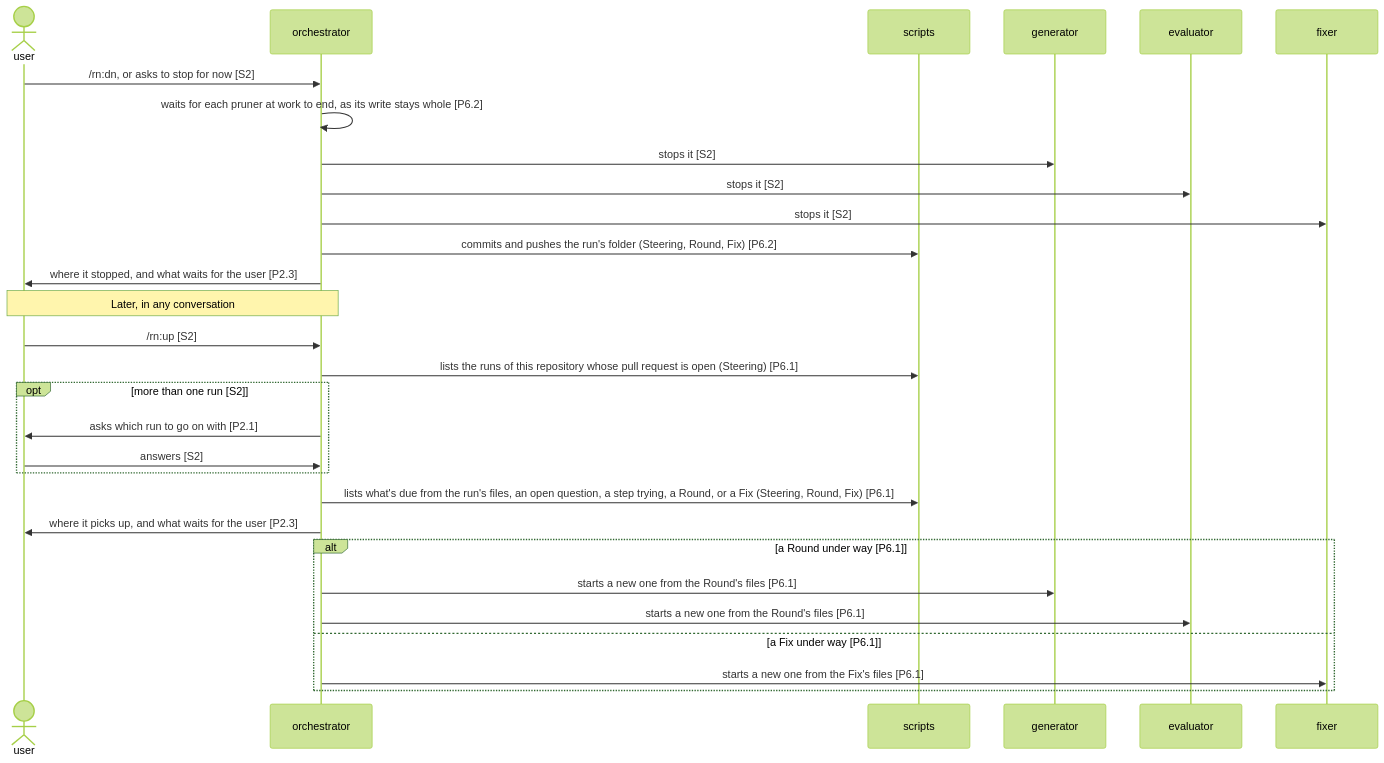
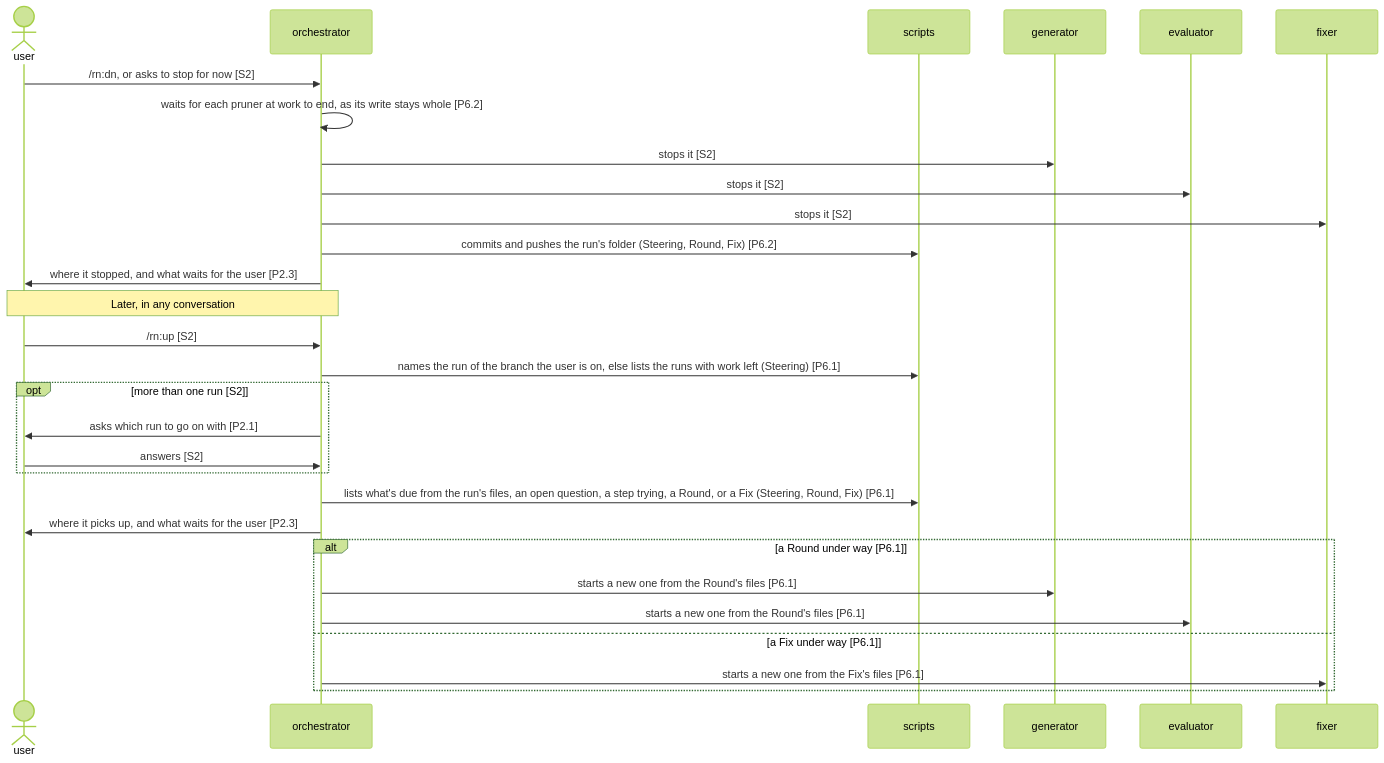
One commit to lovaizu/ccpm changed the second of 2 diagrams in dev/rn/architecture.md. Above: the diagram before and after it, drawn with Mermaid (forest theme). The commit also changed 5 other files, not shown here.

First line of the commit message:
rn: the orchestrator's steps say what each is for and what to ask there, by the prompt best practice, and /rn:up on a run's branch goes on with that run in the user's checkout

````diff
--- a/dev/rn/architecture.md
+++ b/dev/rn/architecture.md
@@ -270,31 +270,31 @@
 ```mermaid
 sequenceDiagram
   actor U as user
   participant O as orchestrator
   participant S as scripts
   participant G as generator
   participant E as evaluator
   participant F as fixer
   U->>O: /rn:dn, or asks to stop for now [S2]
   O->>O: waits for each pruner at work to end, as its write stays whole [P6.2]
   O->>G: stops it [S2]
   O->>E: stops it [S2]
   O->>F: stops it [S2]
   O->>S: commits and pushes the run's folder (Steering, Round, Fix) [P6.2]
   O->>U: where it stopped, and what waits for the user [P2.3]
   Note over U,O: Later, in any conversation
   U->>O: /rn:up [S2]
-  O->>S: lists the runs of this repository whose pull request is open (Steering) [P6.1]
+  O->>S: names the run of the branch the user is on, else lists the runs with work left (Steering) [P6.1]
   opt more than one run [S2]
     O->>U: asks which run to go on with [P2.1]
     U->>O: answers [S2]
   end
   O->>S: lists what's due from the run's files, an open question, a step trying, a Round, or a Fix (Steering, Round, Fix) [P6.1]
   O->>U: where it picks up, and what waits for the user [P2.3]
   alt a Round under way [P6.1]
     O->>G: starts a new one from the Round's files [P6.1]
     O->>E: starts a new one from the Round's files [P6.1]
   else a Fix under way [P6.1]
     O->>F: starts a new one from the Fix's files [P6.1]
   end
 ```
````
